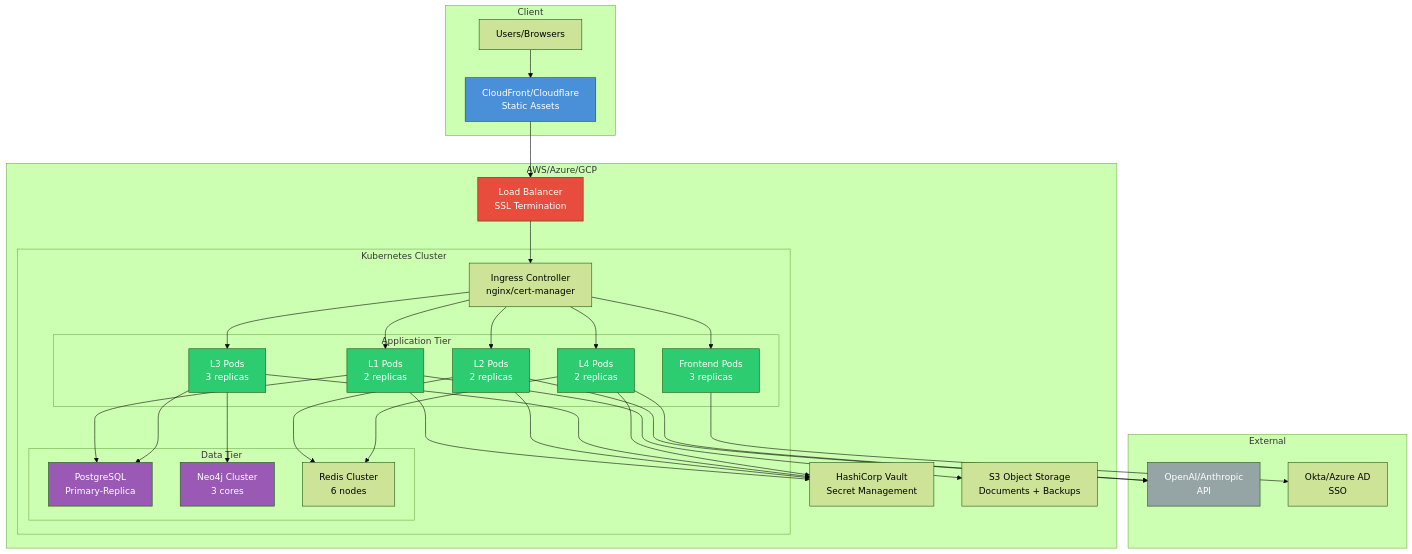
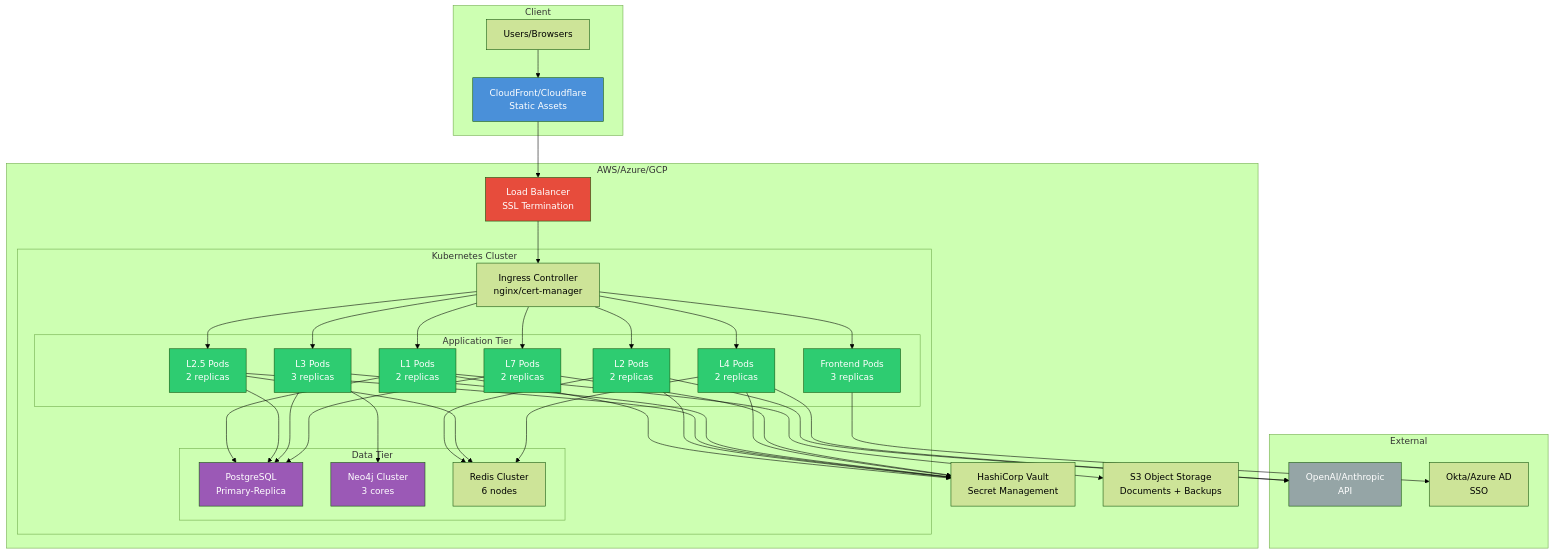
One commit to Valynt/Fabric_4L changed the tenth of 11 diagrams in docs/core-concepts/architecture.md. Above: the diagram before and after it, drawn with Mermaid (forest theme). The commit also changed other lines of this file and 64 other files, not shown here.

First line of the commit message:
docs: consolidate architecture documentation and update command references

```diff
--- a/docs/core-concepts/architecture.md
+++ b/docs/core-concepts/architecture.md
@@ -386,8 +496,10 @@
                 FE_POD[Frontend Pods<br/>3 replicas]
                 L1_POD[L1 Pods<br/>2 replicas]
                 L2_POD[L2 Pods<br/>2 replicas]
+                L2_5_POD[L2.5 Pods<br/>2 replicas]
                 L3_POD[L3 Pods<br/>3 replicas]
                 L4_POD[L4 Pods<br/>2 replicas]
+                L7_POD[L7 Pods<br/>2 replicas]
             end
             
             subgraph "Data Tier"
@@ -412,31 +524,40 @@
     ING --> FE_POD
     ING --> L1_POD
     ING --> L2_POD
+    ING --> L2_5_POD
     ING --> L3_POD
     ING --> L4_POD
+    ING --> L7_POD
     
     L1_POD --> S3
     L1_POD --> PG_CLUSTER
     L2_POD --> RED_CLUSTER
     L2_POD --> OPENAI
+    L2_5_POD --> PG_CLUSTER
+    L2_5_POD --> RED_CLUSTER
     L3_POD --> NEO_CLUSTER
     L3_POD --> PG_CLUSTER
     L4_POD --> RED_CLUSTER
     L4_POD --> OPENAI
+    L7_POD --> PG_CLUSTER
     
     FE_POD --> IDP
     L1_POD --> VAULT
     L2_POD --> VAULT
+    L2_5_POD --> VAULT
     L3_POD --> VAULT
     L4_POD --> VAULT
+    L7_POD --> VAULT
     
     style CDN fill:#4a90d9,color:white
     style LB fill:#e74c3c,color:white
     style FE_POD fill:#2ecc71,color:white
     style L1_POD fill:#2ecc71,color:white
     style L2_POD fill:#2ecc71,color:white
+    style L2_5_POD fill:#2ecc71,color:white
     style L3_POD fill:#2ecc71,color:white
     style L4_POD fill:#2ecc71,color:white
+    style L7_POD fill:#2ecc71,color:white
     style PG_CLUSTER fill:#9b59b6,color:white
     style NEO_CLUSTER fill:#9b59b6,color:white
     style OPENAI fill:#95a5a6,color:white
```
